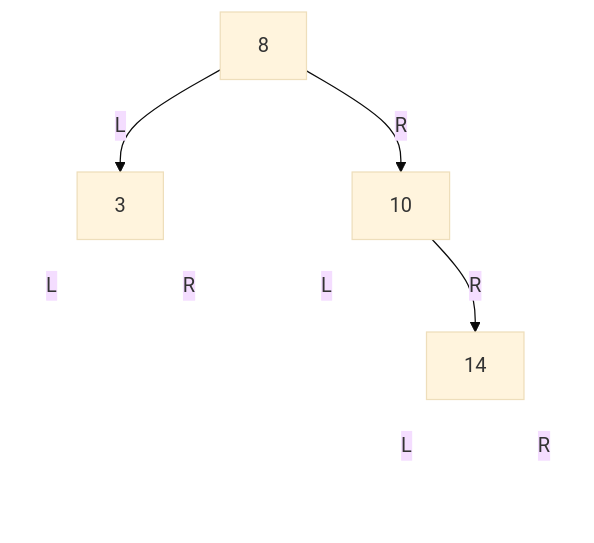
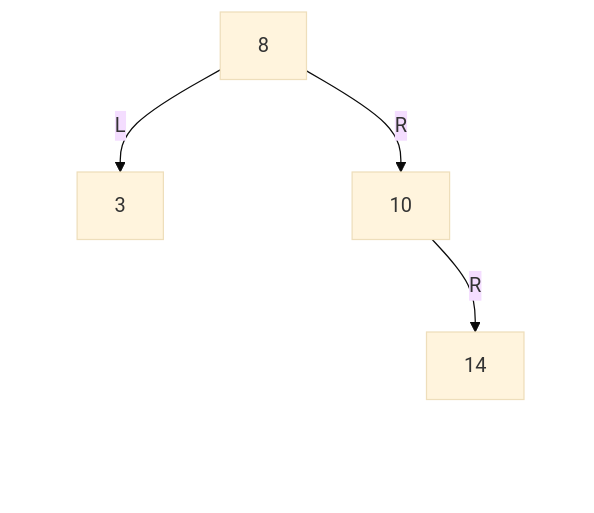
Before and after one commit to FormingSystem/linux_note: the third of 19 diagrams in knowledge/linux/data_structures/红黑树_rb-tree/P22_BST删除与子树回接.md, drawn with Mermaid (base theme). The commit also changed other lines of this file and 3 other files, not shown here.

````diff
--- a/knowledge/linux/data_structures/红黑树_rb-tree/P22_BST删除与子树回接.md
+++ b/knowledge/linux/data_structures/红黑树_rb-tree/P22_BST删除与子树回接.md
@@ -153,37 +153,37 @@
 ```mermaid
 graph TD
 		A["8"]
 
 		B["3"]
 		C["10"]
 
 		B_L[" "]
 		B_R[" "]
 		C_L[" "]
 		D["14"]
 
 		D_L[" "]
 		D_R[" "]
 
 	A -->|L| B
 	A -->|R| C
 
-	B -->|L| B_L
-	B -->|R| B_R
+	B --> B_L
+	B --> B_R
 
-	C -->|L| C_L
+	C --> C_L
 	C -->|R| D
 
-	D -->|L| D_L
-	D -->|R| D_R
+	D --> D_L
+	D --> D_R
 
 	classDef ghost fill:transparent,stroke:transparent,color:transparent;
 	class B_L,B_R,C_L,D_L,D_R ghost;
 
 
 	linkStyle 2 stroke:transparent;
 	linkStyle 3 stroke:transparent;
 	linkStyle 4 stroke:transparent;
 	linkStyle 6 stroke:transparent;
 	linkStyle 7 stroke:transparent;
 ```
````
